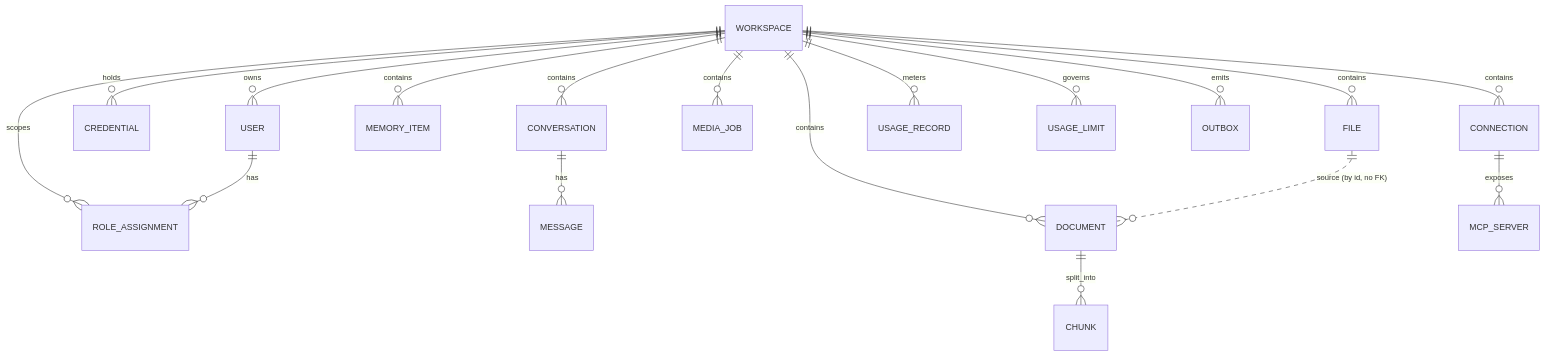
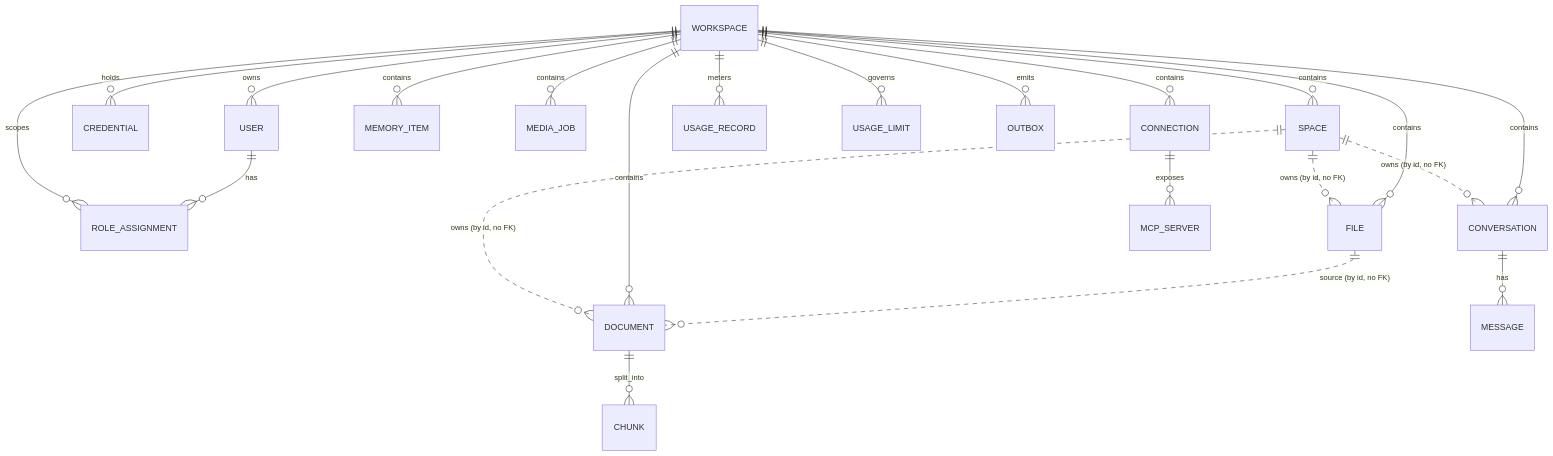
One commit to anastawahia/aizzak changed the diagram in docs/design/01-data-model.md. Above: the diagram before and after it, drawn with Mermaid. The commit also changed other lines of this file and 7 other files, not shown here.

````diff
--- a/docs/design/01-data-model.md
+++ b/docs/design/01-data-model.md
@@ -33,20 +34,24 @@
 ```mermaid
 erDiagram
   WORKSPACE ||--o{ USER : owns
   WORKSPACE ||--o{ ROLE_ASSIGNMENT : scopes
   USER      ||--o{ ROLE_ASSIGNMENT : has
   WORKSPACE ||--o{ CREDENTIAL : holds
+  WORKSPACE ||--o{ SPACE : contains
+  SPACE     ||..o{ FILE : "owns (by id, no FK)"
+  SPACE     ||..o{ CONVERSATION : "owns (by id, no FK)"
+  SPACE     ||..o{ DOCUMENT : "owns (by id, no FK)"
   WORKSPACE ||--o{ CONVERSATION : contains
   CONVERSATION ||--o{ MESSAGE : has
   WORKSPACE ||--o{ MEMORY_ITEM : contains
   WORKSPACE ||--o{ FILE : contains
   WORKSPACE ||--o{ DOCUMENT : contains
   DOCUMENT  ||--o{ CHUNK : split_into
   FILE      ||..o{ DOCUMENT : "source (by id, no FK)"
   WORKSPACE ||--o{ MEDIA_JOB : contains
   WORKSPACE ||--o{ CONNECTION : contains
   CONNECTION ||--o{ MCP_SERVER : exposes
   WORKSPACE ||--o{ USAGE_RECORD : meters
   WORKSPACE ||--o{ USAGE_LIMIT : governs
   WORKSPACE ||--o{ OUTBOX : emits
 ```
````
